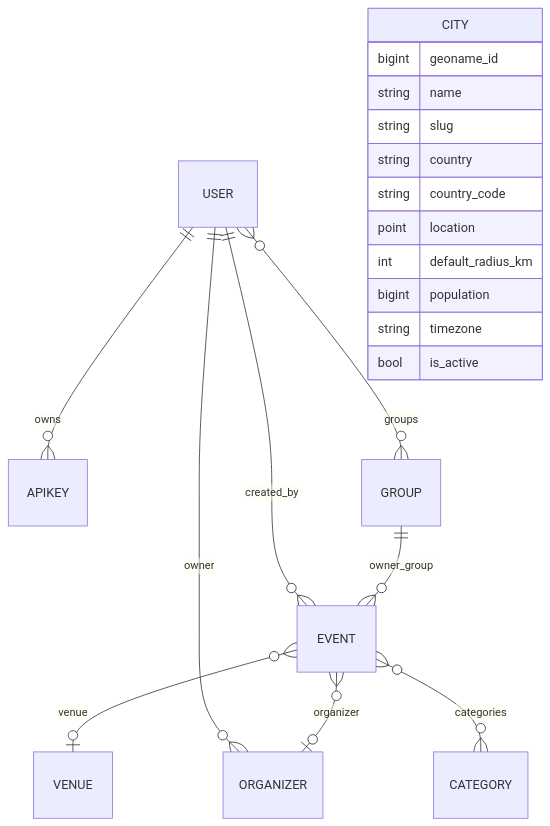
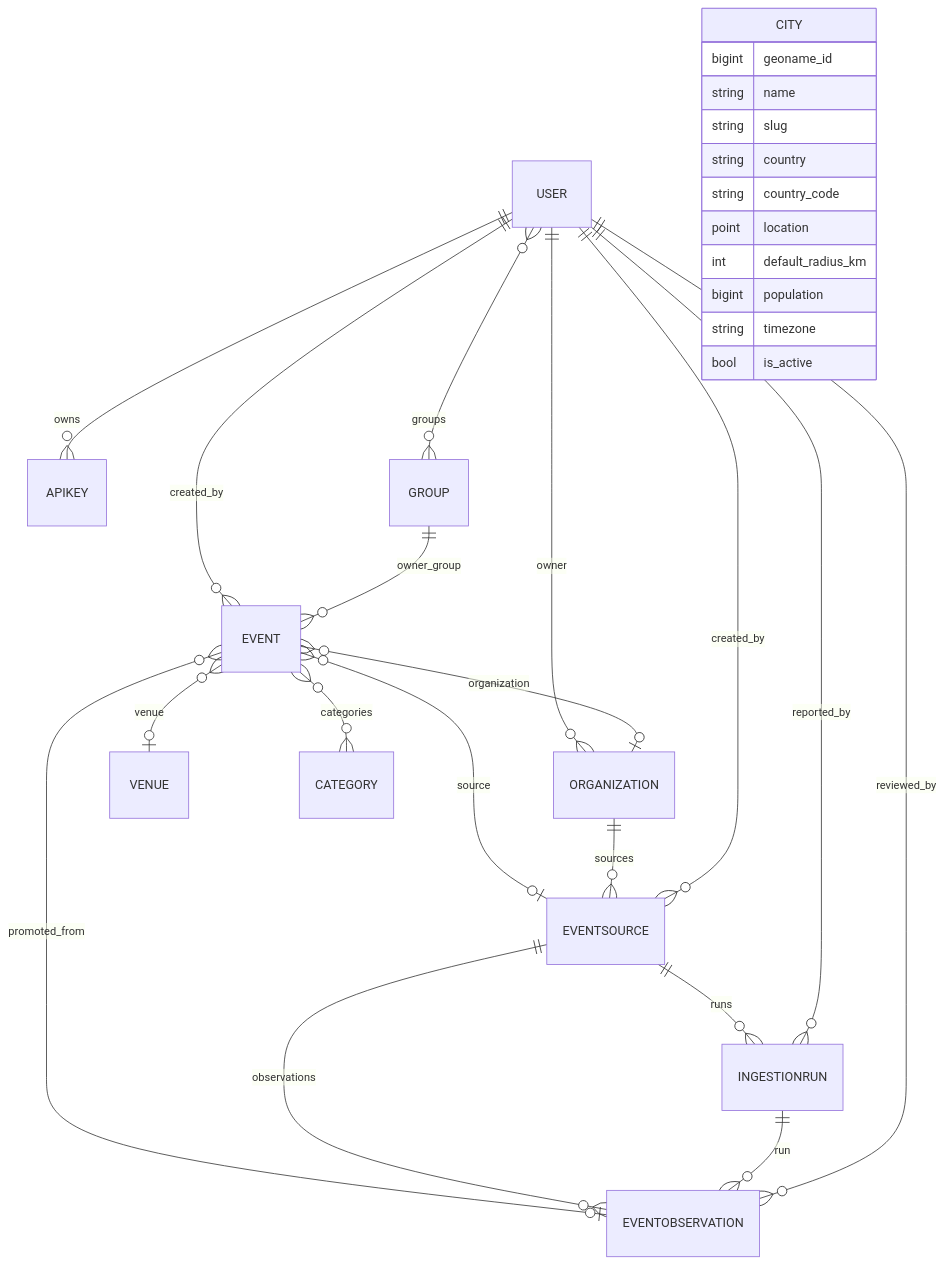
The diagram in docs/data-model.md (Terminschleuder/backend), drawn with Mermaid before and after one commit. The commit also changed other lines of this file and 25 other files, not shown here.

````diff
--- a/docs/data-model.md
+++ b/docs/data-model.md
@@ -10,23 +18,32 @@
 ```mermaid
 erDiagram
   USER ||--o{ EVENT : "created_by"
-  USER ||--o{ ORGANIZER : "owner"
+  USER ||--o{ ORGANIZATION : "owner"
   USER ||--o{ APIKEY : "owns"
   USER }o--o{ GROUP : "groups"
   GROUP ||--o{ EVENT : "owner_group"
   EVENT }o--o| VENUE : "venue"
-  EVENT }o--o| ORGANIZER : "organizer"
+  EVENT }o--o| ORGANIZATION : "organization"
   EVENT }o--o{ CATEGORY : "categories"
+  EVENT }o--o| EVENTSOURCE : "source"
+  EVENT }o--o| EVENTOBSERVATION : "promoted_from"
+  ORGANIZATION ||--o{ EVENTSOURCE : "sources"
+  EVENTSOURCE ||--o{ INGESTIONRUN : "runs"
+  EVENTSOURCE ||--o{ EVENTOBSERVATION : "observations"
+  INGESTIONRUN ||--o{ EVENTOBSERVATION : "run"
+  USER ||--o{ EVENTSOURCE : "created_by"
+  USER ||--o{ INGESTIONRUN : "reported_by"
+  USER ||--o{ EVENTOBSERVATION : "reviewed_by"
   CITY {
     bigint geoname_id
     string name
     string slug
     string country
     string country_code
     point  location
     int    default_radius_km
     bigint population
     string timezone
     bool   is_active
   }
 ```
````
